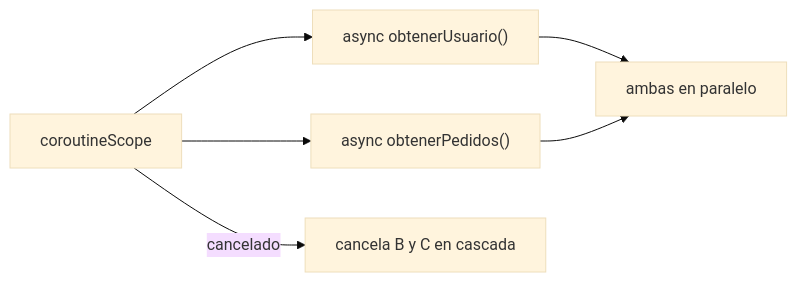
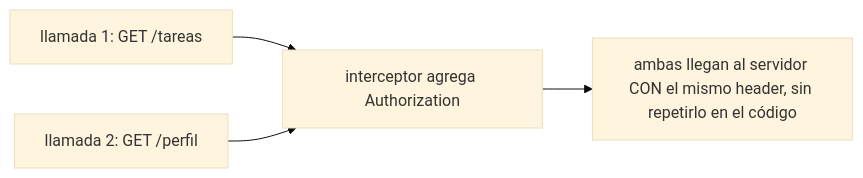
The second of 3 diagrams in web/public/content/kotlin-multiplatform/modulo-2.md (NICORUIZ93/The_Imperial_Book), drawn with Mermaid (base theme) before and after one commit. The commit also changed other lines of this file and 305 other files, not shown here.

````diff
--- a/web/public/content/kotlin-multiplatform/modulo-2.md
+++ b/web/public/content/kotlin-multiplatform/modulo-2.md
@@ -41,8 +205,6 @@
 ```mermaid
 flowchart LR
-  A[coroutineScope] --> B["async obtenerUsuario()"]
-  A --> C["async obtenerPedidos()"]
-  B --> D[ambas en paralelo]
-  C --> D
-  A -->|cancelado| E[cancela B y C en cascada]
+  A[llamada 1: GET /tareas] --> B[interceptor agrega Authorization]
+  C[llamada 2: GET /perfil] --> B
+  B --> D[ambas llegan al servidor CON el mismo header, sin repetirlo en el código]
 ```
````
